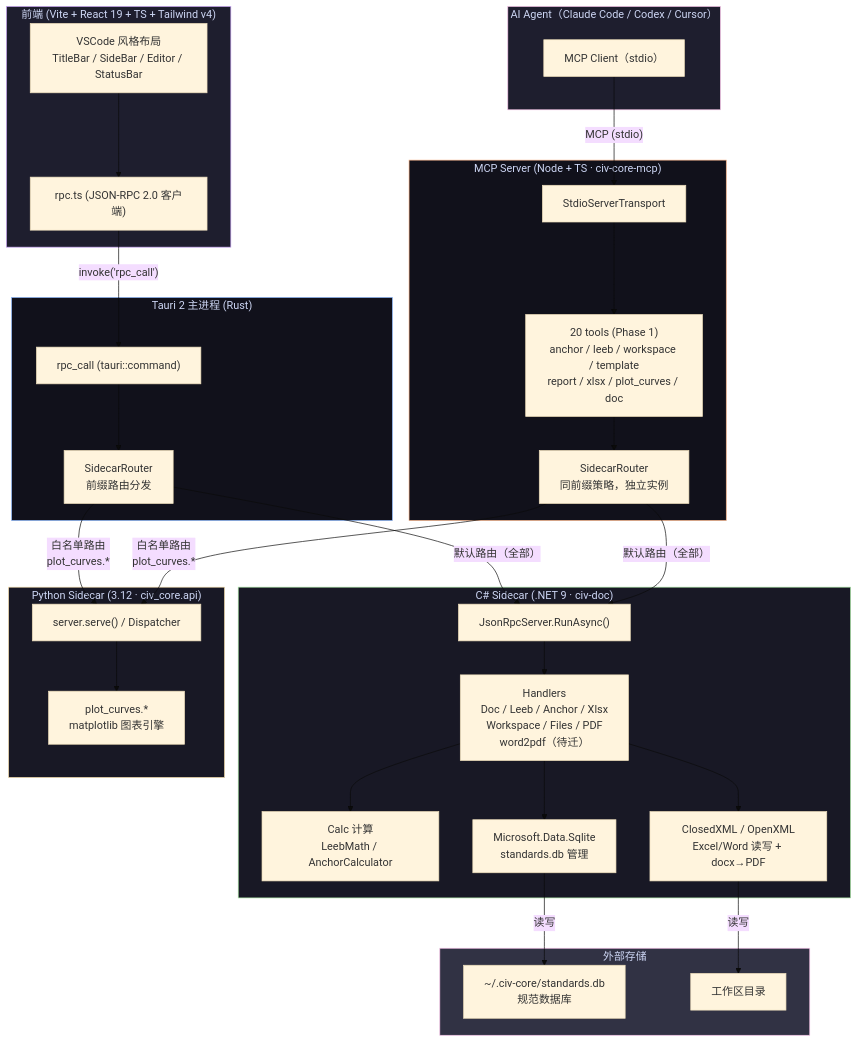
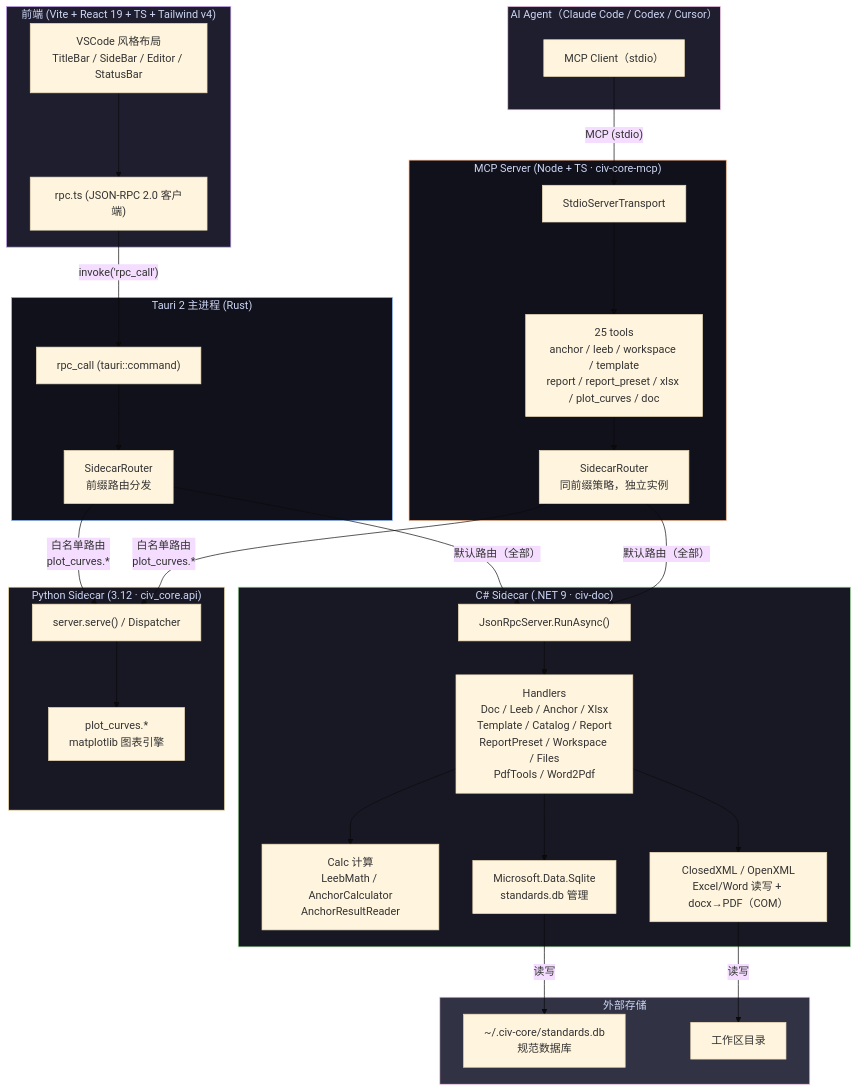
The diagram in CLAUDE.md (ZGQ2001/civ-core), drawn with Mermaid (base theme) before and after one commit. The commit also changed other lines of this file and 3 other files, not shown here.

````diff
--- a/CLAUDE.md
+++ b/CLAUDE.md
@@ -14,67 +15,67 @@
 ```mermaid
 graph TB
     subgraph Frontend ["前端 (Vite + React 19 + TS + Tailwind v4)"]
         UI["VSCode 风格布局<br/>TitleBar / SideBar / Editor / StatusBar"]
         RPC_Client["rpc.ts (JSON-RPC 2.0 客户端)"]
         UI --> RPC_Client
     end
 
     subgraph Agent ["AI Agent（Claude Code / Codex / Cursor）"]
         A_Client["MCP Client（stdio）"]
     end
 
     subgraph Tauri ["Tauri 2 主进程 (Rust)"]
         IPC_Cmd["rpc_call (tauri::command)"]
         Router["SidecarRouter<br/>前缀路由分发"]
         RPC_Client -- "invoke('rpc_call')" --> IPC_Cmd
         IPC_Cmd --> Router
     end
 
     subgraph Mcp ["MCP Server (Node + TS · civ-core-mcp)"]
         Mcp_Stdio["StdioServerTransport"]
-        Mcp_Tools["20 tools (Phase 1)<br/>anchor / leeb / workspace / template<br/>report / xlsx / plot_curves / doc"]
+        Mcp_Tools["25 tools<br/>anchor / leeb / workspace / template<br/>report / report_preset / xlsx / plot_curves / doc"]
         Mcp_Router["SidecarRouter<br/>同前缀策略，独立实例"]
         A_Client -- "MCP (stdio)" --> Mcp_Stdio
         Mcp_Stdio --> Mcp_Tools
         Mcp_Tools --> Mcp_Router
     end
 
     subgraph CSharp ["C# Sidecar (.NET 9 · civ-doc)"]
         CS_RPC["JsonRpcServer.RunAsync()"]
-        CS_Handlers["Handlers<br/>Doc / Leeb / Anchor / Xlsx<br/>Workspace / Files / PDF<br/>word2pdf（待迁）"]
-        CS_Calc["Calc 计算<br/>LeebMath / AnchorCalculator"]
-        CS_CL["ClosedXML / OpenXML<br/>Excel/Word 读写 + docx→PDF"]
+        CS_Handlers["Handlers<br/>Doc / Leeb / Anchor / Xlsx<br/>Template / Catalog / Report<br/>ReportPreset / Workspace / Files<br/>PdfTools / Word2Pdf"]
+        CS_Calc["Calc 计算<br/>LeebMath / AnchorCalculator<br/>AnchorResultReader"]
+        CS_CL["ClosedXML / OpenXML<br/>Excel/Word 读写 + docx→PDF（COM）"]
         CS_SQL["Microsoft.Data.Sqlite<br/>standards.db 管理"]
         CS_RPC --> CS_Handlers
         CS_Handlers --> CS_Calc
         CS_Handlers --> CS_CL
         CS_Handlers --> CS_SQL
     end
 
     subgraph Python ["Python Sidecar (3.12 · civ_core.api)"]
         Py_RPC["server.serve() / Dispatcher"]
         Py_Handlers["plot_curves.*<br/>matplotlib 图表引擎"]
         Py_RPC --> Py_Handlers
     end
 
     subgraph Storage ["外部存储"]
         DB["~/.civ-core/standards.db<br/>规范数据库"]
         Disk["工作区目录"]
     end
 
     Router -- "默认路由（全部）" --> CS_RPC
     Router -- "白名单路由<br/>plot_curves.*" --> Py_RPC
     Mcp_Router -- "默认路由（全部）" --> CS_RPC
     Mcp_Router -- "白名单路由<br/>plot_curves.*" --> Py_RPC
 
     CS_SQL -- "读写" --> DB
     CS_CL -- "读写" --> Disk
 
     style Frontend fill:#1e1e2e,stroke:#cba6f7,color:#cdd6f4
     style Agent fill:#1e1e2e,stroke:#f5c2e7,color:#cdd6f4
     style Tauri fill:#11111b,stroke:#89b4fa,color:#cdd6f4
     style Mcp fill:#11111b,stroke:#fab387,color:#cdd6f4
     style CSharp fill:#181825,stroke:#a6e3a1,color:#cdd6f4
     style Python fill:#181825,stroke:#f9e2af,color:#cdd6f4
     style Storage fill:#313244,stroke:#f5c2e7,color:#cdd6f4
 ```
````
